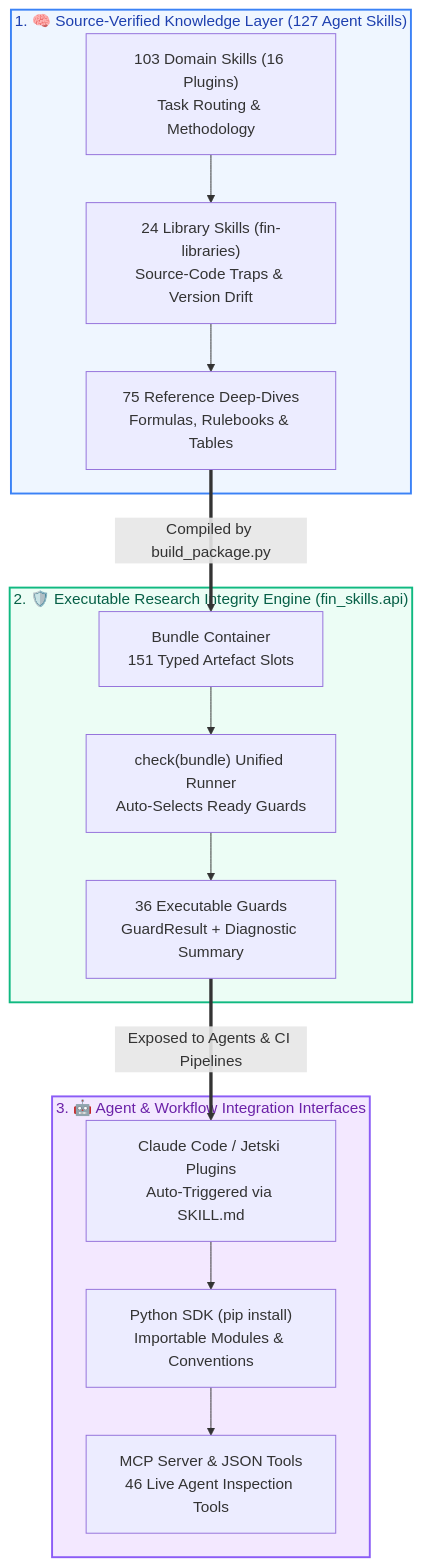
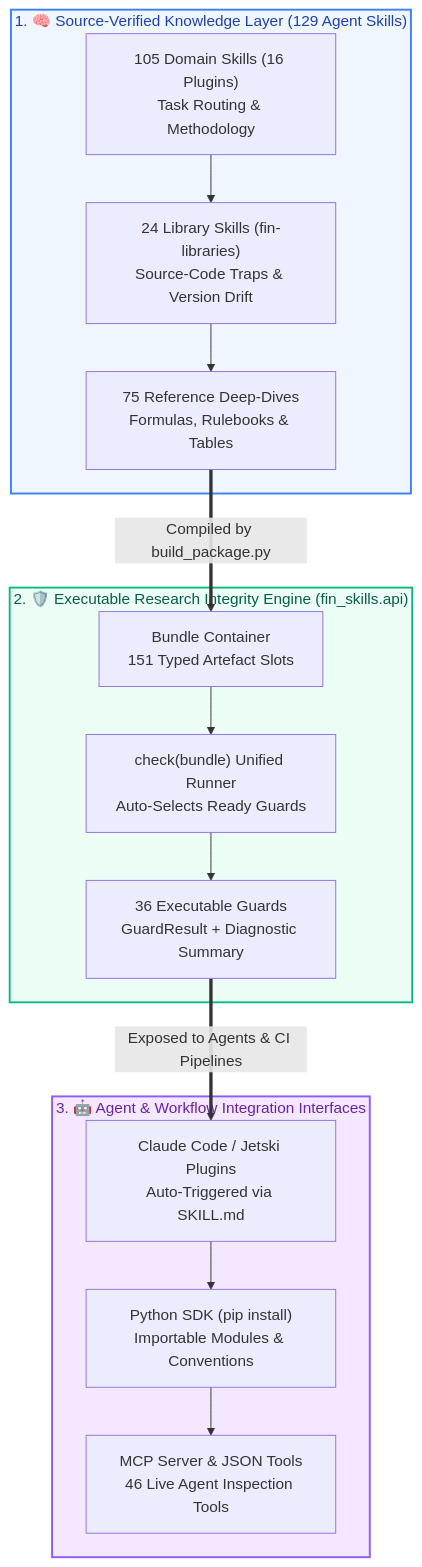
One commit to howard-lynn-ye/fin-skills changed the diagram in README.md. Above: the diagram before and after it, drawn with Mermaid. The commit also changed other lines of this file and 25 other files, not shown here.

````diff
--- a/README.md
+++ b/README.md
@@ -59,21 +59,21 @@
 ```mermaid
 flowchart TD
-    subgraph TIER1 ["1. 🧠 Source-Verified Knowledge Layer (127 Agent Skills)"]
-        D1["103 Domain Skills (16 Plugins)<br/>Task Routing & Methodology"] --> D2["24 Library Skills (fin-libraries)<br/>Source-Code Traps & Version Drift"] --> D3["75 Reference Deep-Dives<br/>Formulas, Rulebooks & Tables"]
+    subgraph TIER1 ["1. 🧠 Source-Verified Knowledge Layer (129 Agent Skills)"]
+        D1["105 Domain Skills (16 Plugins)<br/>Task Routing & Methodology"] --> D2["24 Library Skills (fin-libraries)<br/>Source-Code Traps & Version Drift"] --> D3["75 Reference Deep-Dives<br/>Formulas, Rulebooks & Tables"]
     end
 
     subgraph TIER2 ["2. 🛡️ Executable Research Integrity Engine (fin_skills.api)"]
         E1["Bundle Container<br/>151 Typed Artefact Slots"] --> E2["check(bundle) Unified Runner<br/>Auto-Selects Ready Guards"] --> E3["36 Executable Guards<br/>GuardResult + Diagnostic Summary"]
     end
 
     subgraph TIER3 ["3. 🤖 Agent & Workflow Integration Interfaces"]
         I1["Claude Code / Jetski Plugins<br/>Auto-Triggered via SKILL.md"] --> I2["Python SDK (pip install)<br/>Importable Modules & Conventions"] --> I3["MCP Server & JSON Tools<br/>46 Live Agent Inspection Tools"]
     end
 
     D3 ==>|Compiled by build_package.py| E1
     E3 ==>|Exposed to Agents & CI Pipelines| I1
 
     style TIER1 fill:#eff6ff,stroke:#3b82f6,stroke-width:2px,color:#1e40af
     style TIER2 fill:#ecfdf5,stroke:#10b981,stroke-width:2px,color:#065f46
     style TIER3 fill:#f3e8ff,stroke:#8b5cf6,stroke-width:2px,color:#6b21a8
 ```
````
